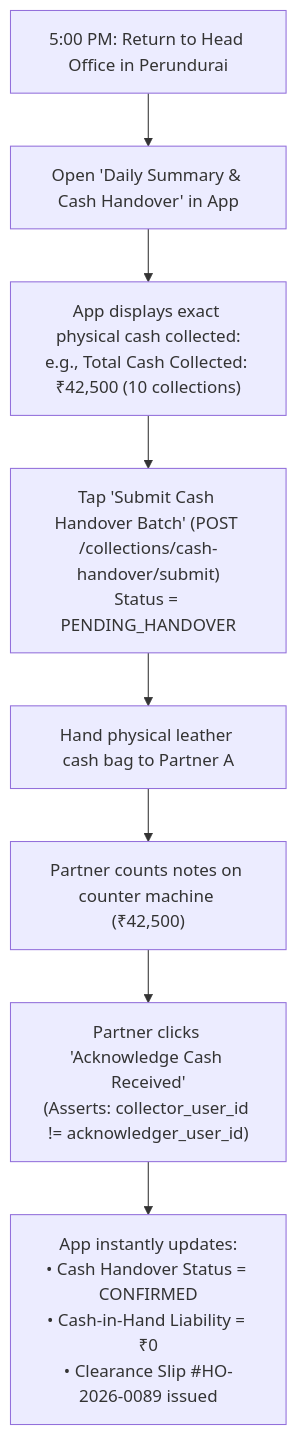
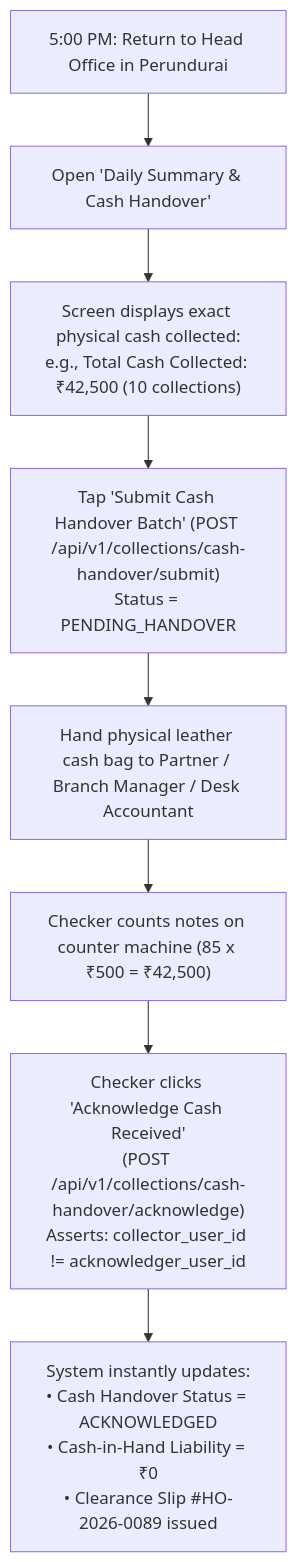
One commit to Kathir-24/Kumaran-finance changed the eighth of 9 diagrams in docs/07-operations/user-manuals/agent-mobile-manual.md. Above: the diagram before and after it, drawn with Mermaid. The commit also changed other lines of this file and 4 other files, not shown here.

````diff
--- a/docs/07-operations/user-manuals/agent-mobile-manual.md
+++ b/docs/07-operations/user-manuals/agent-mobile-manual.md
@@ -184,10 +188,10 @@
 ```mermaid
 flowchart TD
-    ReturnOffice["5:00 PM: Return to Head Office in Perundurai"] --> OpenSummary["Open 'Daily Summary & Cash Handover' in App"]
-    OpenSummary --> Tally["App displays exact physical cash collected:\ne.g., Total Cash Collected: ₹42,500 (10 collections)"]
-    Tally --> SubmitHandover["Tap 'Submit Cash Handover Batch' (POST /collections/cash-handover/submit)\nStatus = PENDING_HANDOVER"]
-    SubmitHandover --> HandBag["Hand physical leather cash bag to Partner A"]
-    HandBag --> PartnerCount["Partner counts notes on counter machine (₹42,500)"]
-    PartnerCount --> PartnerAck["Partner clicks 'Acknowledge Cash Received'\n(Asserts: collector_user_id != acknowledger_user_id)"]
-    PartnerAck --> Cleared["App instantly updates:\n• Cash Handover Status = CONFIRMED\n• Cash-in-Hand Liability = ₹0\n• Clearance Slip #HO-2026-0089 issued"]
+    ReturnOffice["5:00 PM: Return to Head Office in Perundurai"] --> OpenSummary["Open 'Daily Summary & Cash Handover'"]
+    OpenSummary --> Tally["Screen displays exact physical cash collected:\ne.g., Total Cash Collected: ₹42,500 (10 collections)"]
+    Tally --> SubmitHandover["Tap 'Submit Cash Handover Batch' (POST /api/v1/collections/cash-handover/submit)\nStatus = PENDING_HANDOVER"]
+    SubmitHandover --> HandBag["Hand physical leather cash bag to Partner / Branch Manager / Desk Accountant"]
+    HandBag --> PartnerCount["Checker counts notes on counter machine (85 x ₹500 = ₹42,500)"]
+    PartnerCount --> PartnerAck["Checker clicks 'Acknowledge Cash Received'\n(POST /api/v1/collections/cash-handover/acknowledge)\nAsserts: collector_user_id != acknowledger_user_id"]
+    PartnerAck --> Cleared["System instantly updates:\n• Cash Handover Status = ACKNOWLEDGED\n• Cash-in-Hand Liability = ₹0\n• Clearance Slip #HO-2026-0089 issued"]
 ```
````
